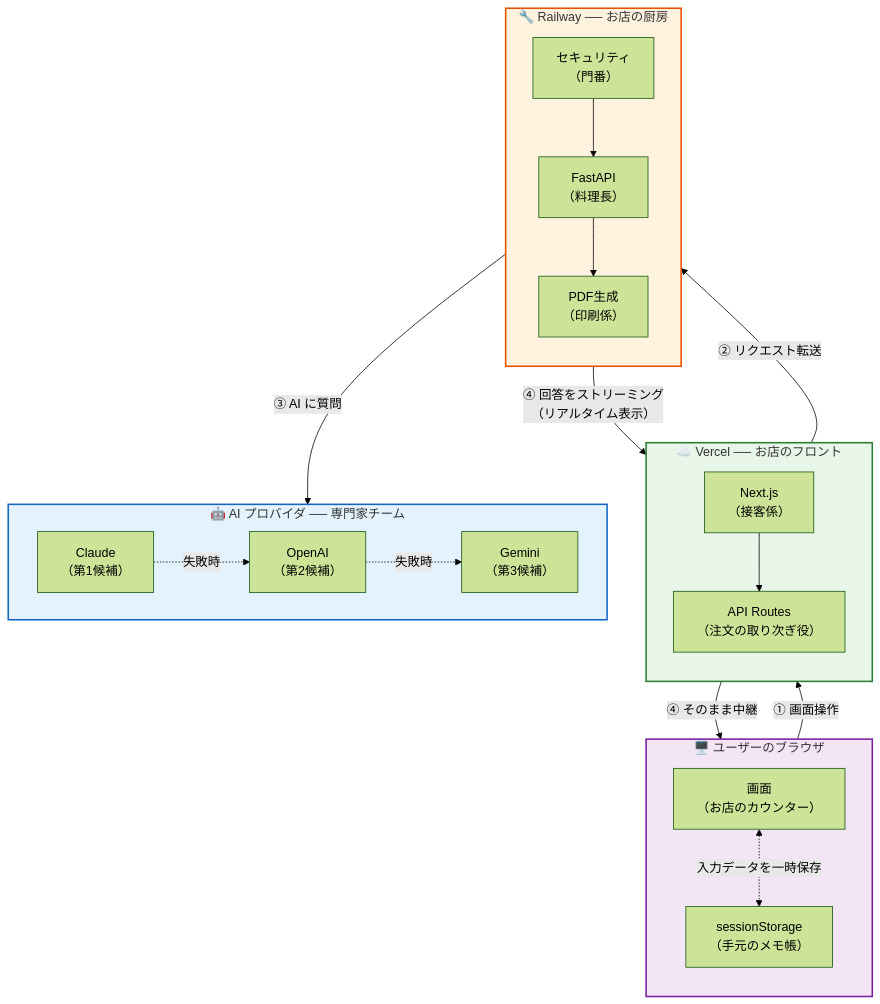
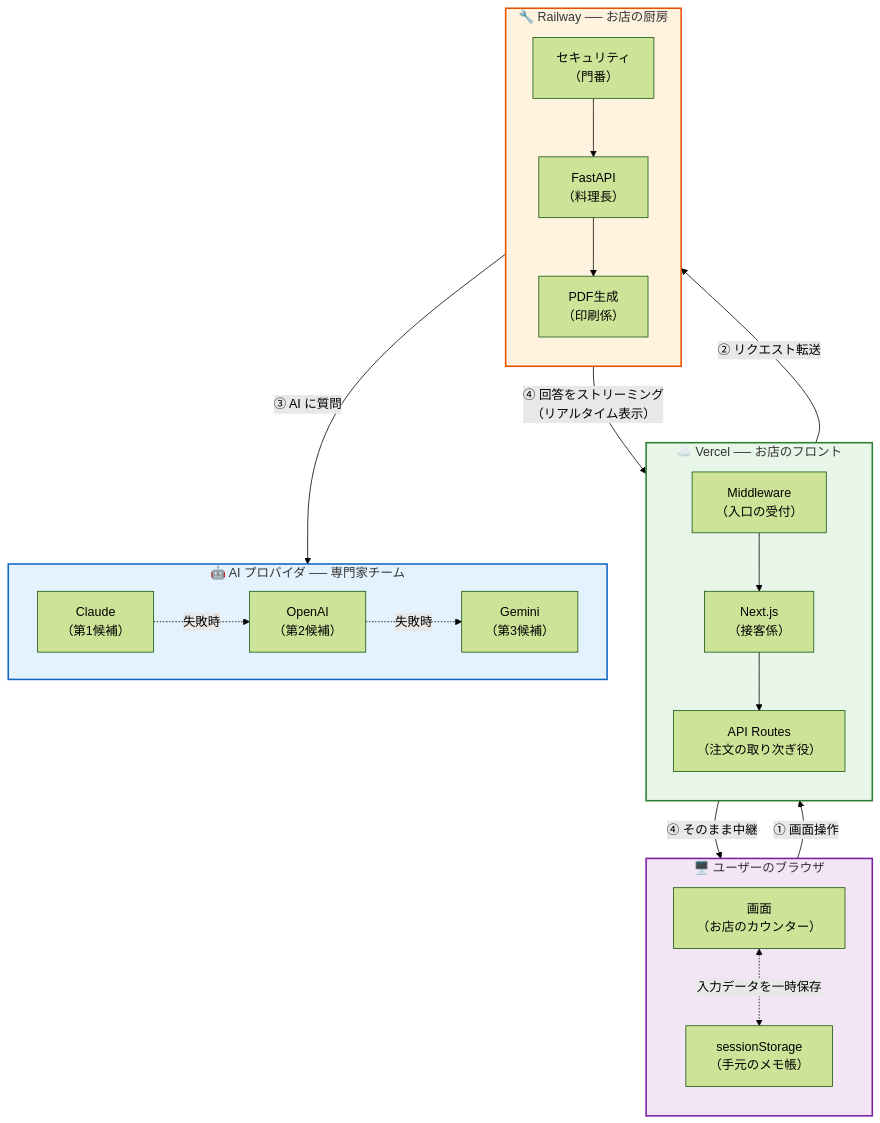
The second of 6 diagrams in docs/architecture.md (paddler/naitei-backend), drawn with Mermaid (forest theme) before and after one commit. The commit also changed other lines of this file and 3 other files, not shown here.

Commit message:
docs: update SPECIFICATION/architecture/handoff for password gate and reportlab migration

````diff
--- a/docs/architecture.md
+++ b/docs/architecture.md
@@ -77,45 +77,47 @@
 ```mermaid
 flowchart TB
     subgraph BROWSER["🖥️ ユーザーのブラウザ"]
         direction TB
         UI["画面<br/>（お店のカウンター）"]
         SS["sessionStorage<br/>（手元のメモ帳）"]
         UI <-. "入力データを一時保存" .-> SS
     end
 
     subgraph VERCEL["☁️ Vercel ── お店のフロント"]
         direction TB
+        MW["Middleware<br/>（入口の受付）"]
         NEXT["Next.js<br/>（接客係）"]
         API_ROUTE["API Routes<br/>（注文の取り次ぎ役）"]
+        MW --> NEXT
         NEXT --> API_ROUTE
     end
 
     subgraph RAILWAY["🔧 Railway ── お店の厨房"]
         direction TB
         FASTAPI["FastAPI<br/>（料理長）"]
         PDF_ENGINE["PDF生成<br/>（印刷係）"]
         SECURITY["セキュリティ<br/>（門番）"]
         SECURITY --> FASTAPI
         FASTAPI --> PDF_ENGINE
     end
 
     subgraph AI["🤖 AI プロバイダ ── 専門家チーム"]
         direction LR
         CLAUDE["Claude<br/>（第1候補）"]
         OPENAI["OpenAI<br/>（第2候補）"]
         GEMINI["Gemini<br/>（第3候補）"]
     end
 
     UI -- "① 画面操作" --> NEXT
     API_ROUTE -- "② リクエスト転送" --> SECURITY
     FASTAPI -- "③ AI に質問" --> CLAUDE
     CLAUDE -. "失敗時" .-> OPENAI
     OPENAI -. "失敗時" .-> GEMINI
     FASTAPI -- "④ 回答をストリーミング<br/>（リアルタイム表示）" --> API_ROUTE
     API_ROUTE -- "④ そのまま中継" --> UI
 
     style BROWSER fill:#F3E5F5,stroke:#7B1FA2,stroke-width:2px
     style VERCEL fill:#E8F5E9,stroke:#2E7D32,stroke-width:2px
     style RAILWAY fill:#FFF3E0,stroke:#E65100,stroke-width:2px
     style AI fill:#E3F2FD,stroke:#1565C0,stroke-width:2px
 ```
````
